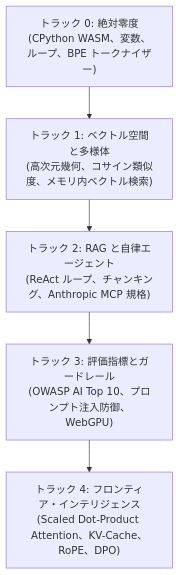
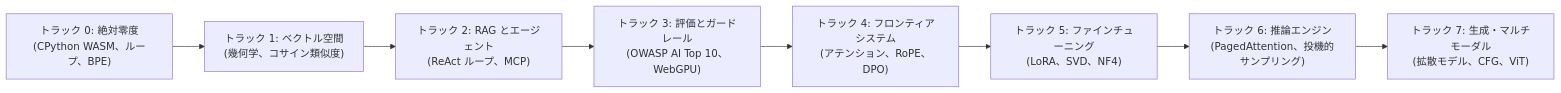
The diagram in docs/translations/README_ja.md (Adilrafiq001/OpenGuideForAI), drawn with Mermaid before and after one commit. The commit also changed other lines of this file and 45 other files, not shown here.

````diff
--- a/docs/translations/README_ja.md
+++ b/docs/translations/README_ja.md
@@ -98,10 +98,13 @@
 ```mermaid
-graph TD
-    T0["トラック 0: 絶対零度<br/>(CPython WASM、変数、ループ、BPE トークナイザー)"]
-    T1["トラック 1: ベクトル空間と多様体<br/>(高次元幾何、コサイン類似度、メモリ内ベクトル検索)"]
-    T2["トラック 2: RAG と自律エージェント<br/>(ReAct ループ、チャンキング、Anthropic MCP 規格)"]
-    T3["トラック 3: 評価指標とガードレール<br/>(OWASP AI Top 10、プロンプト注入防御、WebGPU)"]
-    T4["トラック 4: フロンティア・インテリジェンス<br/>(Scaled Dot-Product Attention、KV-Cache、RoPE、DPO)"]
+graph LR
+    T0["トラック 0: 絶対零度<br/>(CPython WASM、ループ、BPE)"]
+    T1["トラック 1: ベクトル空間<br/>(幾何学、コサイン類似度)"]
+    T2["トラック 2: RAG とエージェント<br/>(ReAct ループ、MCP)"]
+    T3["トラック 3: 評価とガードレール<br/>(OWASP AI Top 10、WebGPU)"]
+    T4["トラック 4: フロンティアシステム<br/>(アテンション、RoPE、DPO)"]
+    T5["トラック 5: ファインチューニング<br/>(LoRA、SVD、NF4)"]
+    T6["トラック 6: 推論エンジン<br/>(PagedAttention、投機的サンプリング)"]
+    T7["トラック 7: 生成・マルチモーダル<br/>(拡散モデル、CFG、ViT)"]
 
-    T0 --> T1 --> T2 --> T3 --> T4
+    T0 --> T1 --> T2 --> T3 --> T4 --> T5 --> T6 --> T7
 ```
````
